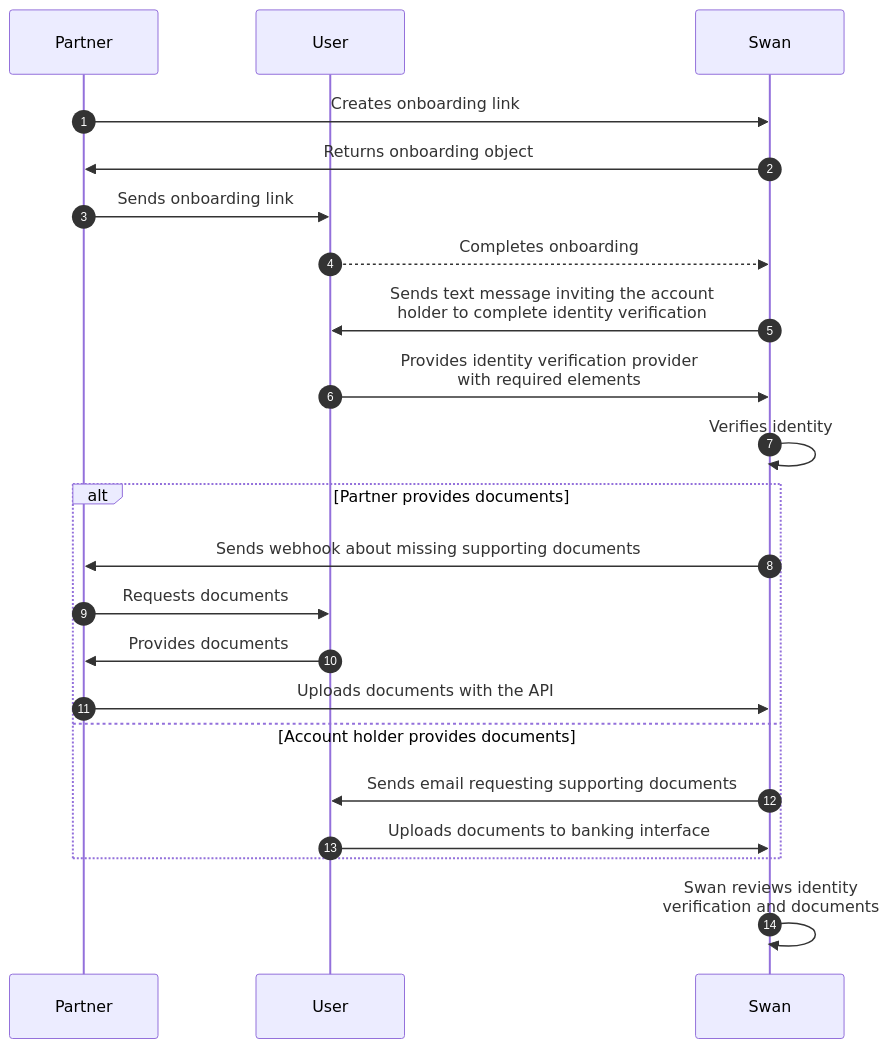
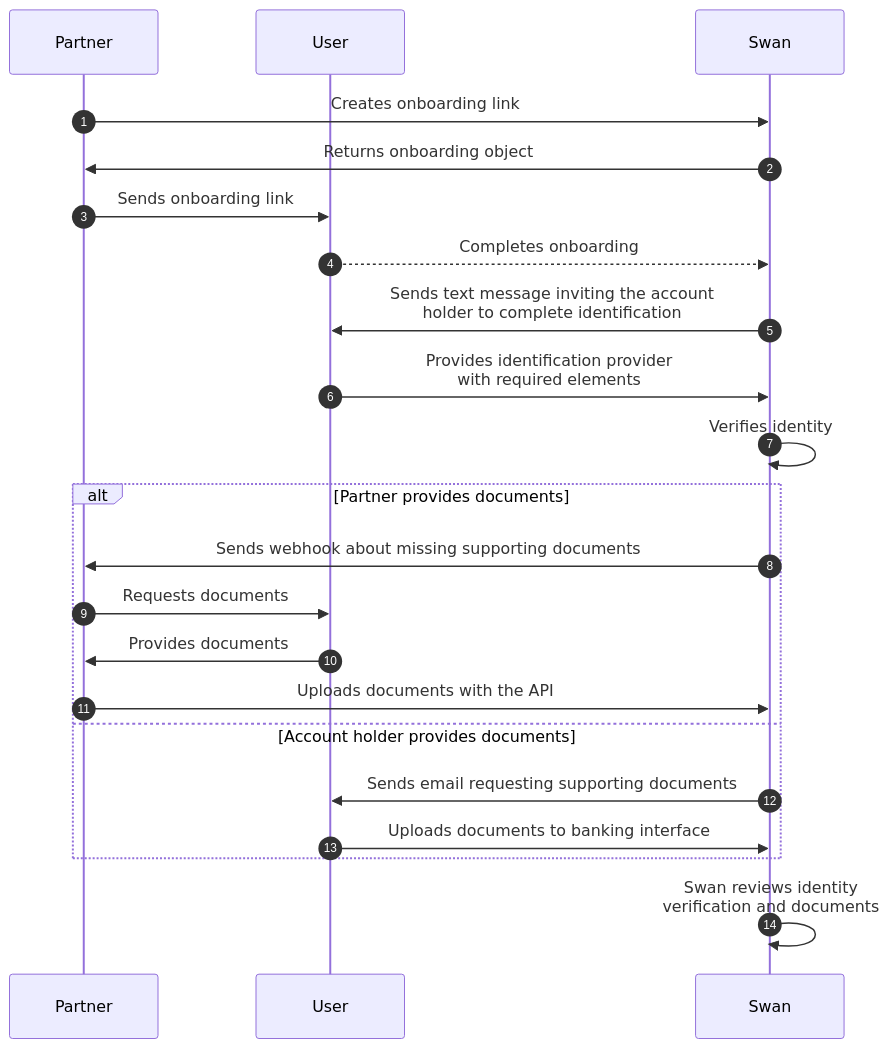
The second of 2 diagrams in docs/topics/onboarding/account-holders/index.mdx (swan-io/docs), drawn with Mermaid before and after one commit. The commit also changed other lines of this file and 3 other files, not shown here.

Commit message:
Add verify beneficiary link, change id verification to identification everywhere

````diff
--- a/docs/topics/onboarding/account-holders/index.mdx
+++ b/docs/topics/onboarding/account-holders/index.mdx
@@ -87,23 +87,23 @@
 ```mermaid
 sequenceDiagram autoNumber
 participant P as Partner
 participant U as User
 participant S as Swan
     P ->> S: Creates onboarding link
     S ->> P: Returns onboarding object
     P ->> U: Sends onboarding link
     U -->> S: Completes onboarding
-    S ->> U: Sends text message inviting the account<br/>holder to complete identity verification
-    U ->> S: Provides identity verification provider<br/>with required elements
+    S ->> U: Sends text message inviting the account<br/>holder to complete identification
+    U ->> S: Provides identification provider<br/>with required elements
     S ->> S: Verifies identity
     alt Partner provides documents
         S ->> P: Sends webhook about missing supporting documents
         P ->> U: Requests documents
         U ->> P: Provides documents
         P ->>S: Uploads documents with the API
     else Account holder provides documents
         S ->> U: Sends email requesting supporting documents
         U ->> S: Uploads documents to banking interface
     end
     S ->> S: Swan reviews identity<br/>verification and documents
 ```
````
